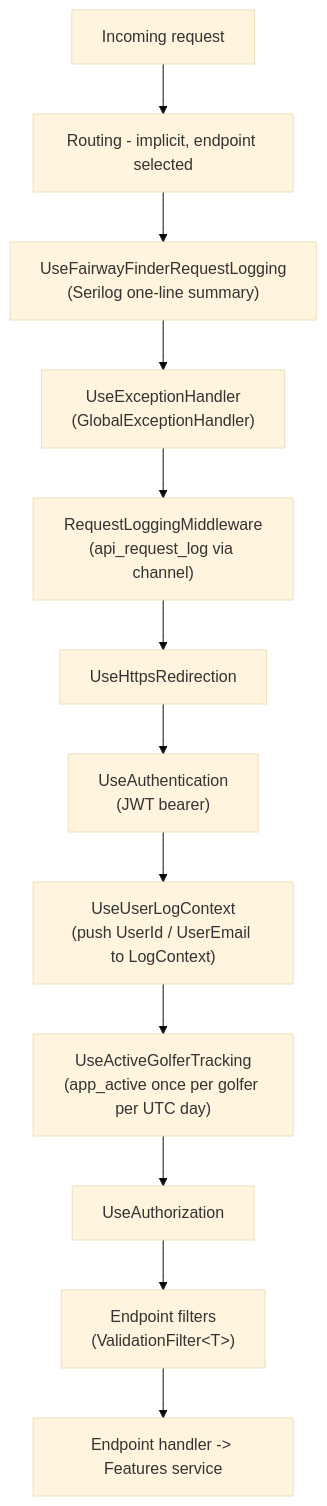
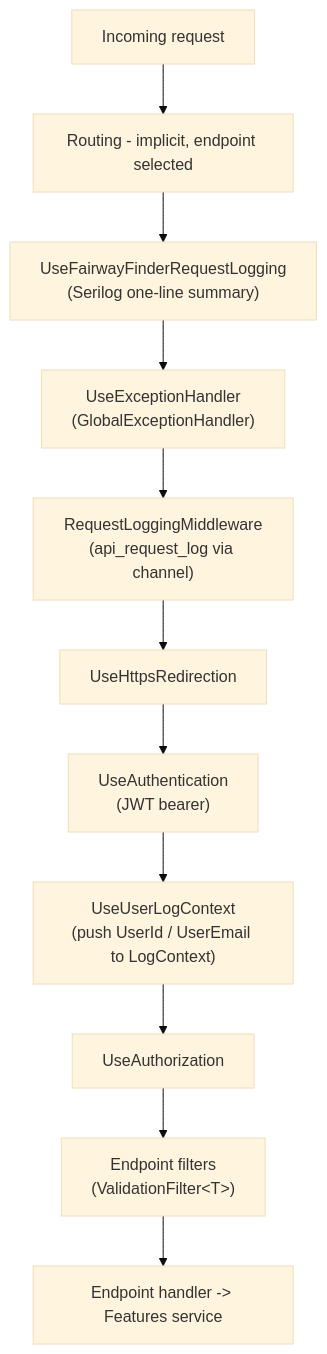
One commit to georgebjork/FairwayFinder changed the first of 3 diagrams in docs/api/overview.md. Above: the diagram before and after it, drawn with Mermaid (base theme). The commit also changed other lines of this file and 56 other files, not shown here.

````diff
--- a/docs/api/overview.md
+++ b/docs/api/overview.md
@@ -26,14 +26,13 @@
 ```mermaid
 flowchart TD
     A[Incoming request] --> R[Routing - implicit, endpoint selected]
     R --> S["UseFairwayFinderRequestLogging<br/>(Serilog one-line summary)"]
     S --> E["UseExceptionHandler<br/>(GlobalExceptionHandler)"]
     E --> L["RequestLoggingMiddleware<br/>(api_request_log via channel)"]
     L --> H[UseHttpsRedirection]
     H --> AN["UseAuthentication<br/>(JWT bearer)"]
     AN --> U["UseUserLogContext<br/>(push UserId / UserEmail to LogContext)"]
-    U --> AG["UseActiveGolferTracking<br/>(app_active once per golfer per UTC day)"]
-    AG --> AZ[UseAuthorization]
+    U --> AZ[UseAuthorization]
     AZ --> F["Endpoint filters<br/>(ValidationFilter&lt;T&gt;)"]
     F --> EP[Endpoint handler -> Features service]
 ```
````
